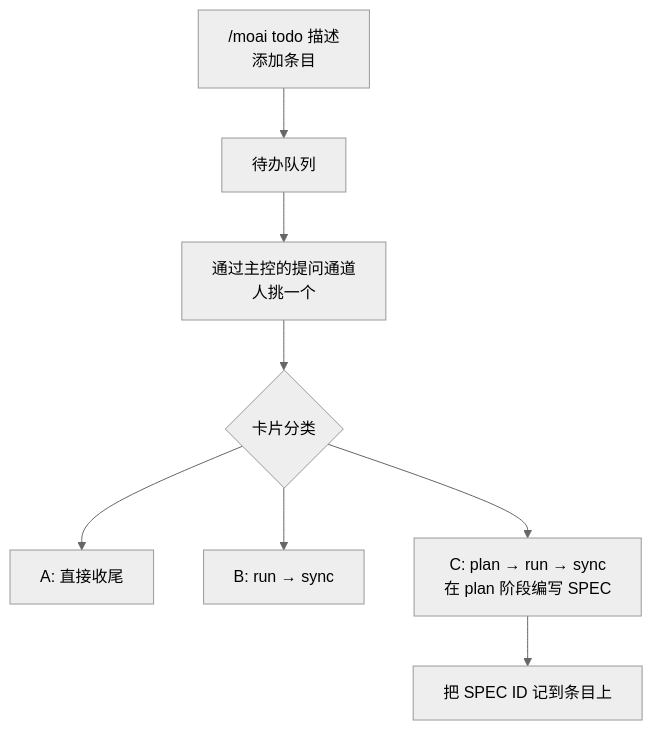
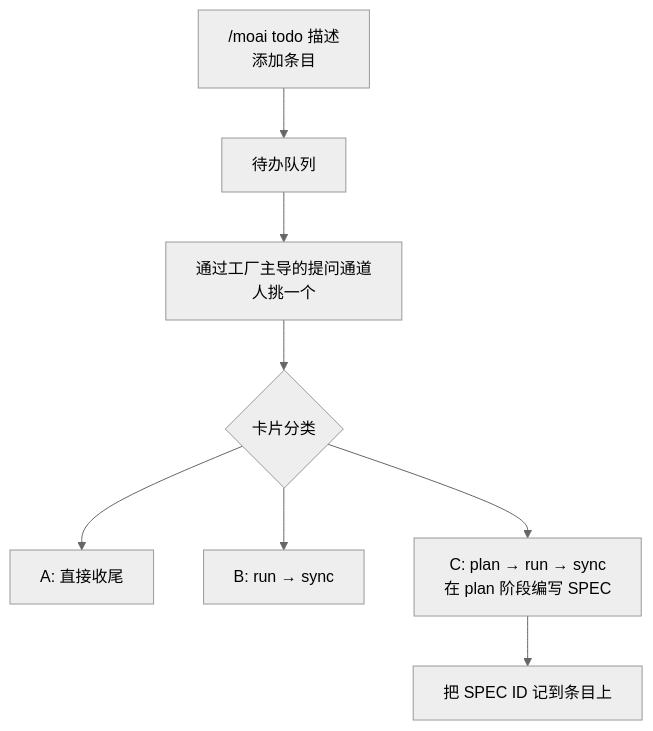
Before and after one commit to modu-ai/moai-adk: the diagram in docs-site/content/zh/utility-commands/moai-todo.md, drawn with Mermaid (neutral theme). The commit also changed other lines of this file and 3 other files, not shown here.

````diff
--- a/docs-site/content/zh/utility-commands/moai-todo.md
+++ b/docs-site/content/zh/utility-commands/moai-todo.md
@@ -31,10 +31,10 @@
 ```mermaid
 flowchart TD
     Add["/moai todo 描述<br/>添加条目"] --> Queue["待办队列"]
-    Queue --> Pick["通过主控的提问通道<br/>人挑一个"]
+    Queue --> Pick["通过工厂主导的提问通道<br/>人挑一个"]
     Pick --> Class{"卡片分类"}
     Class --> A["A: 直接收尾"]
     Class --> B["B: run → sync"]
     Class --> Plan["C: plan → run → sync<br/>在 plan 阶段编写 SPEC"]
     Plan --> Spec["把 SPEC ID 记到条目上"]
 ```
````
